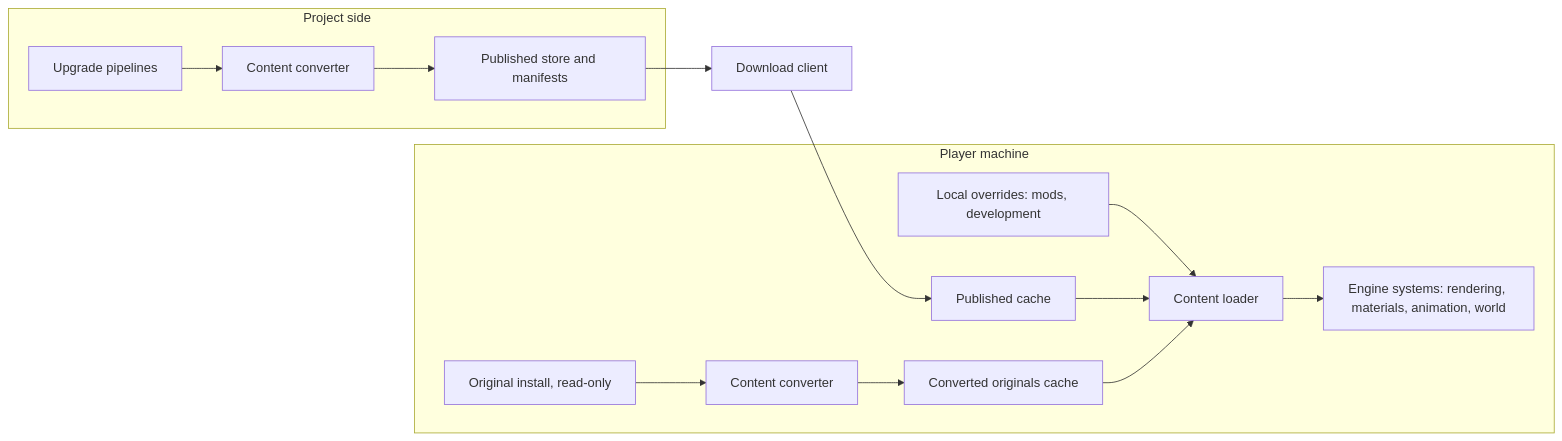
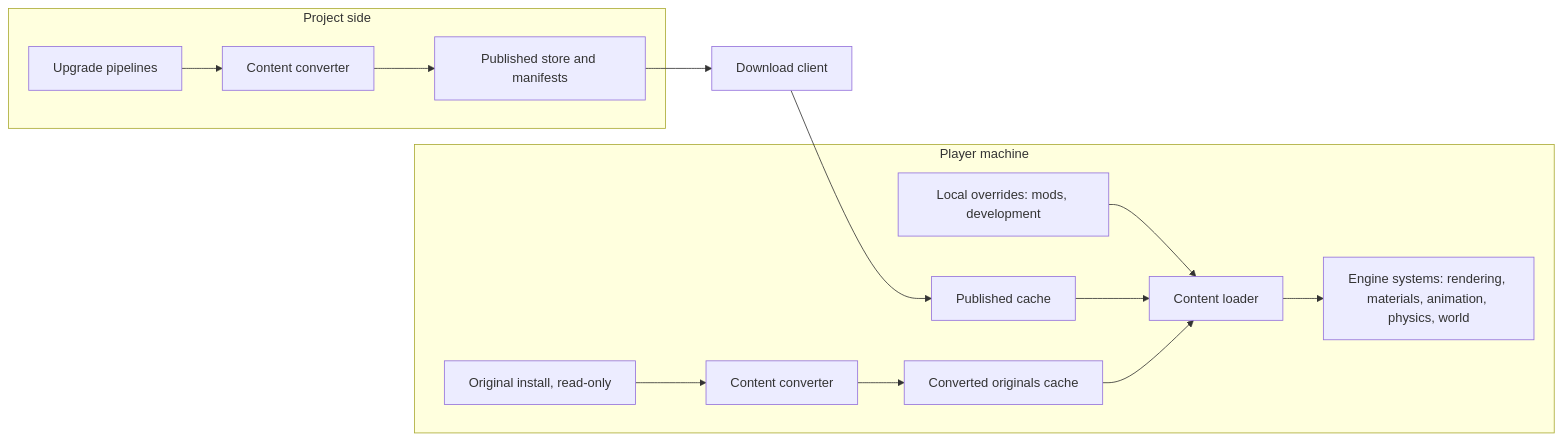
Before and after one commit to plainsight-systems/bullet-witch: the first of 4 diagrams in docs/architecture/content.md, drawn with Mermaid. The commit also changed other lines of this file and 5 other files, not shown here.

````diff
--- a/docs/architecture/content.md
+++ b/docs/architecture/content.md
@@ -12,19 +12,19 @@
 ```mermaid
 flowchart LR
     subgraph Player["Player machine"]
         INST["Original install, read-only"] --> CONV1["Content converter"]
         CONV1 --> LOCAL["Converted originals cache"]
         OVR["Local overrides: mods, development"]
         PUB["Published cache"]
         OVR --> LOADER["Content loader"]
         PUB --> LOADER
         LOCAL --> LOADER
-        LOADER --> SYS["Engine systems: rendering, materials, animation, world"]
+        LOADER --> SYS["Engine systems: rendering, materials, animation, physics, world"]
     end
     subgraph Ours["Project side"]
         UP["Upgrade pipelines"] --> CONV2["Content converter"]
         CONV2 --> STORE["Published store and manifests"]
     end
     STORE --> DL["Download client"]
     DL --> PUB
 ```
````
